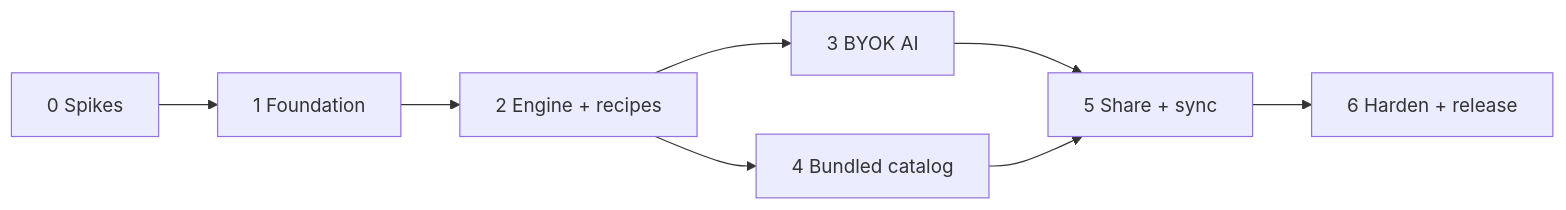
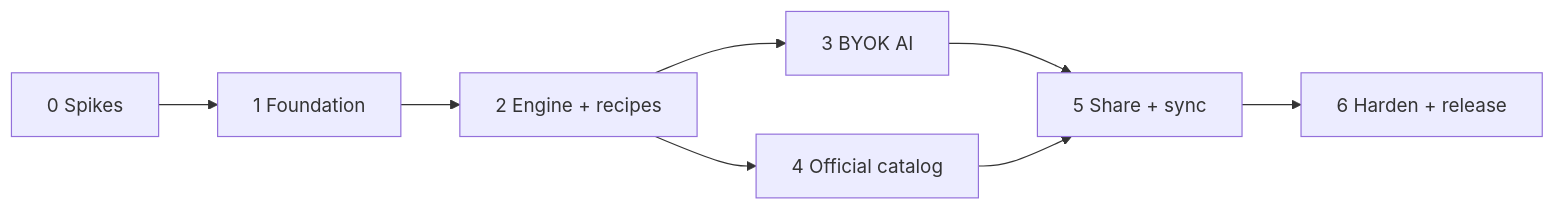
The diagram in docs/wiki/roadmap.md (DFanso/openmedia), drawn with Mermaid before and after one commit. The commit also changed other lines of this file and 112 other files, not shown here.

````diff
--- a/docs/wiki/roadmap.md
+++ b/docs/wiki/roadmap.md
@@ -18,10 +18,10 @@
 ```mermaid
 flowchart LR
   P0["0 Spikes"] --> P1["1 Foundation"]
   P1 --> P2["2 Engine + recipes"]
   P2 --> P3["3 BYOK AI"]
-  P2 --> P4["4 Bundled catalog"]
+  P2 --> P4["4 Official catalog"]
   P3 --> P5["5 Share + sync"]
   P4 --> P5
   P5 --> P6["6 Harden + release"]
 ```
````
